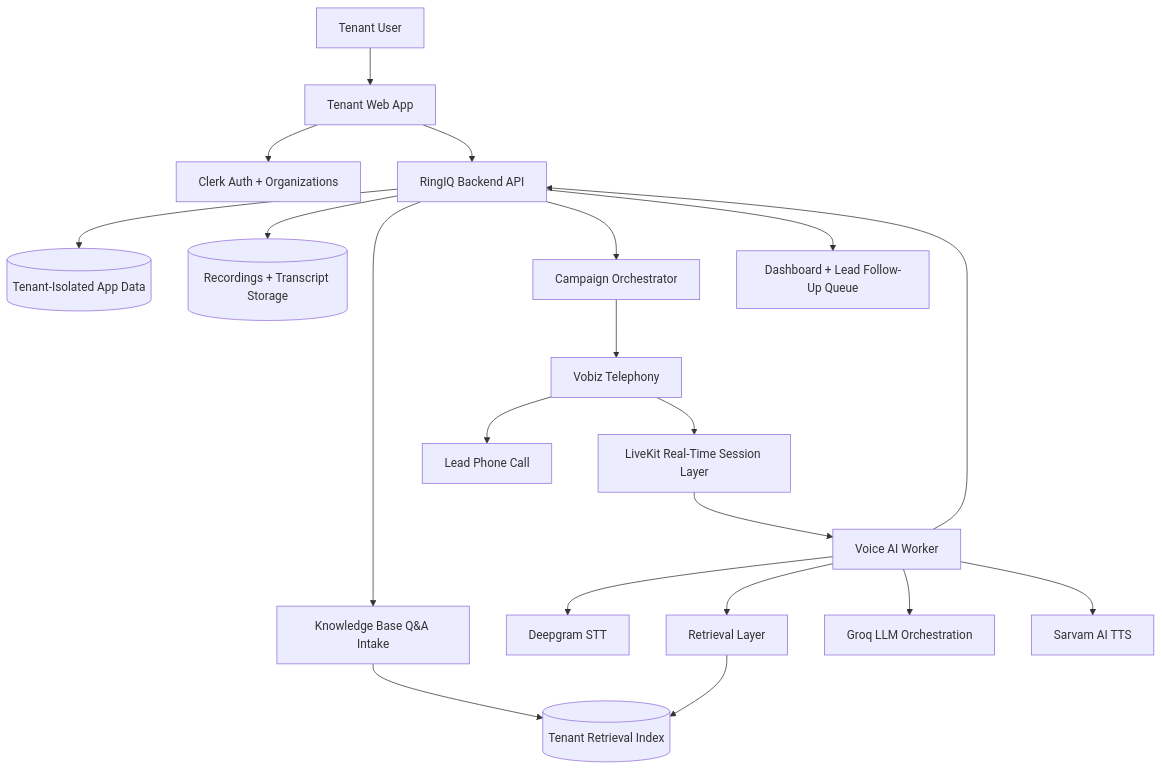
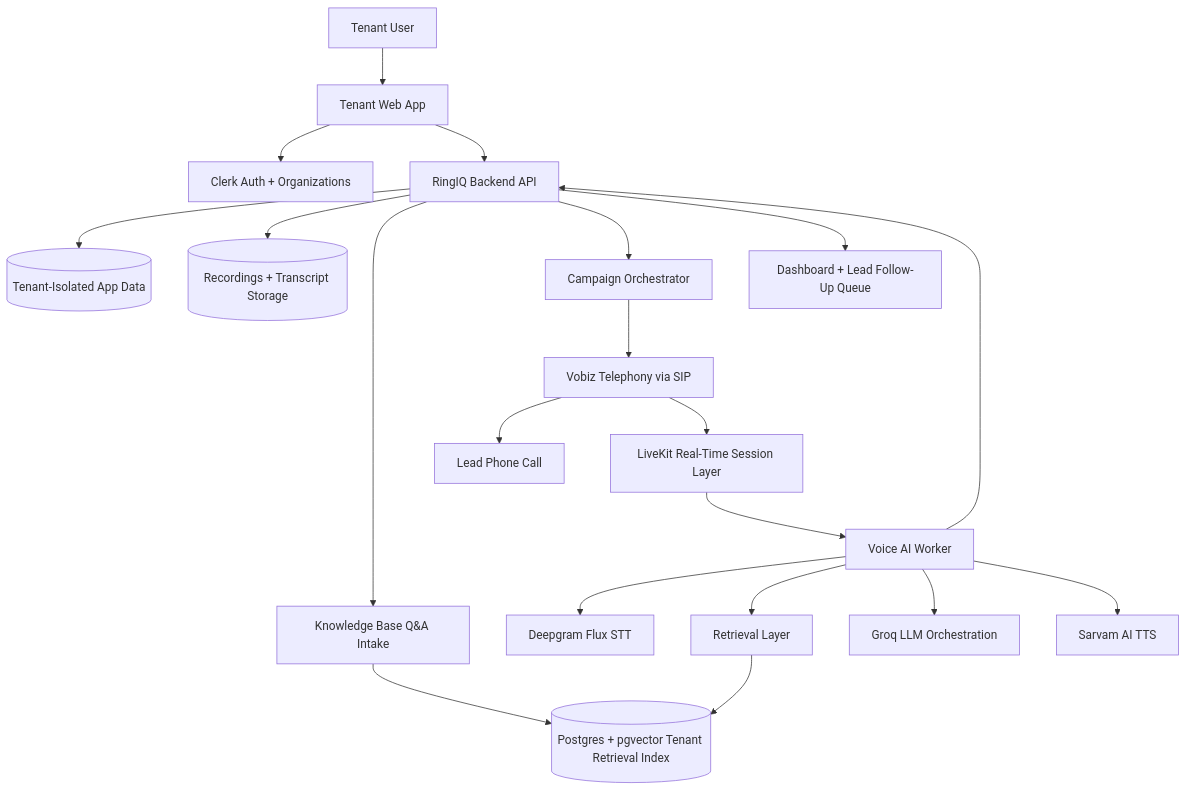
The diagram in _bmad-output/planning-artifacts/ringiq-high-level-architecture.md (rohan9896/RingIQ), drawn with Mermaid before and after one commit. The commit also changed other lines of this file and 1 other file, not shown here.

First line of the commit message:
Enhance documentation for RingIQ Voice AI architecture and decisions

````diff
--- a/_bmad-output/planning-artifacts/ringiq-high-level-architecture.md
+++ b/_bmad-output/planning-artifacts/ringiq-high-level-architecture.md
@@ -56,26 +56,26 @@
 ```mermaid
 flowchart TD
     TenantUser[Tenant User] --> WebApp[Tenant Web App]
     WebApp --> Clerk[Clerk Auth + Organizations]
     WebApp --> Backend[RingIQ Backend API]
 
     Backend --> TenantData[(Tenant-Isolated App Data)]
     Backend --> ObjectStorage[(Recordings + Transcript Storage)]
     Backend --> KB[Knowledge Base Q&A Intake]
-    KB --> RetrievalIndex[(Tenant Retrieval Index)]
+    KB --> RetrievalIndex[(Postgres + pgvector Tenant Retrieval Index)]
 
     Backend --> Campaign[Campaign Orchestrator]
-    Campaign --> Vobiz[Vobiz Telephony]
+    Campaign --> Vobiz[Vobiz Telephony via SIP]
     Vobiz --> LeadPhone[Lead Phone Call]
     Vobiz --> LiveKit[LiveKit Real-Time Session Layer]
 
     LiveKit --> VoiceWorker[Voice AI Worker]
-    VoiceWorker --> Deepgram[Deepgram STT]
+    VoiceWorker --> Deepgram[Deepgram Flux STT]
     VoiceWorker --> Retrieval[Retrieval Layer]
     Retrieval --> RetrievalIndex
     VoiceWorker --> Groq[Groq LLM Orchestration]
     VoiceWorker --> Sarvam[Sarvam AI TTS]
 
     VoiceWorker --> Backend
     Backend --> Dashboard[Dashboard + Lead Follow-Up Queue]
 ```
````
